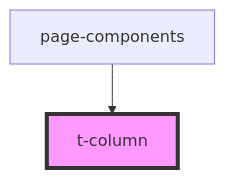
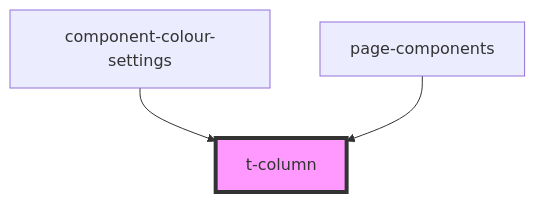
Before and after one commit to TomasEng/web-components: the diagram in packages/stencil/src/components/t-column/readme.md, drawn with Mermaid. The commit also changed other lines of this file and 19 other files, not shown here.

````diff
--- a/packages/stencil/src/components/t-column/readme.md
+++ b/packages/stencil/src/components/t-column/readme.md
@@ -15,5 +16,6 @@
 ```mermaid
 graph TD;
+  component-colour-settings --> t-column
   page-components --> t-column
   style t-column fill:#f9f,stroke:#333,stroke-width:4px
 ```
````
